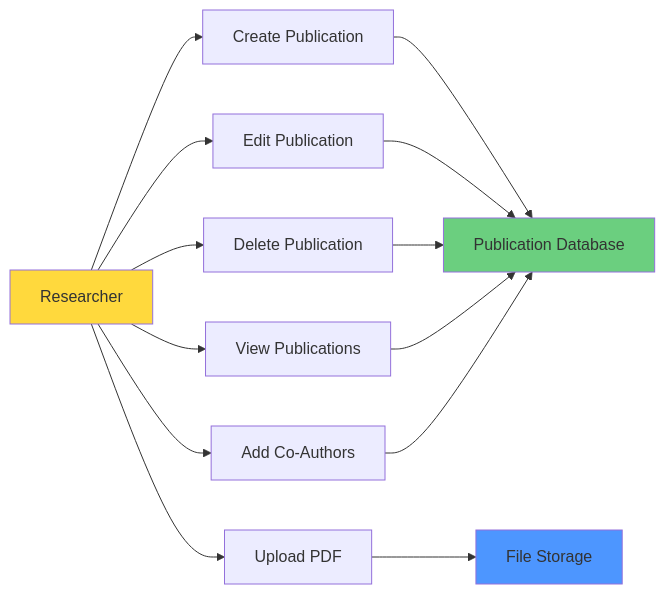
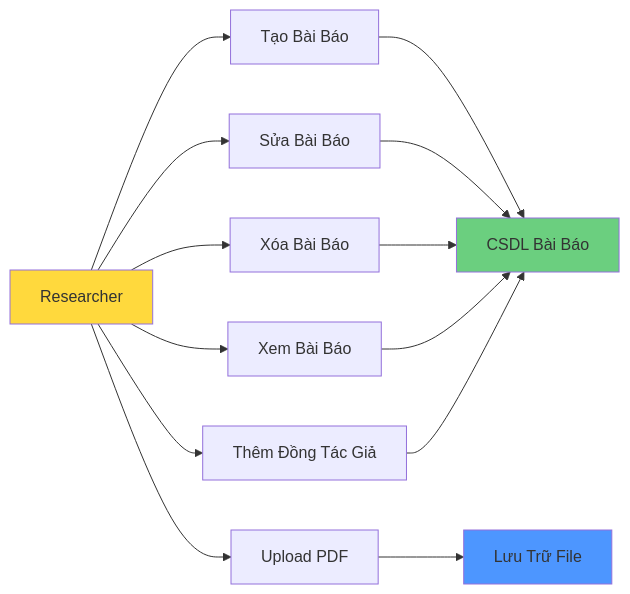
The diagram in docs/05_Use_Cases/High_Level/uc_hl_01_manage_publications.md (Ng0cTh4nhk5/ufpms-docs), drawn with Mermaid before and after one commit. The commit also changed other lines of this file and 70 other files, not shown here.

````diff
--- a/docs/05_Use_Cases/High_Level/uc_hl_01_manage_publications.md
+++ b/docs/05_Use_Cases/High_Level/uc_hl_01_manage_publications.md
@@ -57,20 +57,20 @@
 ```mermaid
 graph LR
-    A[Researcher] --> B[Create Publication]
-    A --> C[Edit Publication]
-    A --> D[Delete Publication]
-    A --> E[View Publications]
+    A[Researcher] --> B[Tạo Bài Báo]
+    A --> C[Sửa Bài Báo]
+    A --> D[Xóa Bài Báo]
+    A --> E[Xem Bài Báo]
     A --> F[Upload PDF]
-    A --> G[Add Co-Authors]
+    A --> G[Thêm Đồng Tác Giả]
     
-    B --> H[Publication Database]
+    B --> H[CSDL Bài Báo]
     C --> H
     D --> H
     E --> H
-    F --> I[File Storage]
+    F --> I[Lưu Trữ File]
     G --> H
     
     style A fill:#ffd93d
     style H fill:#6bcf7f
     style I fill:#4d96ff
 ```
````
